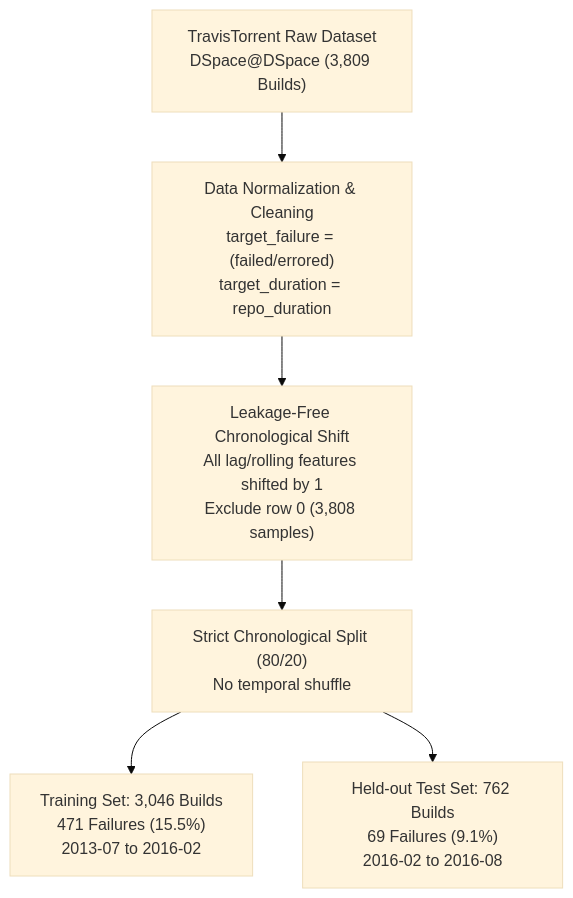
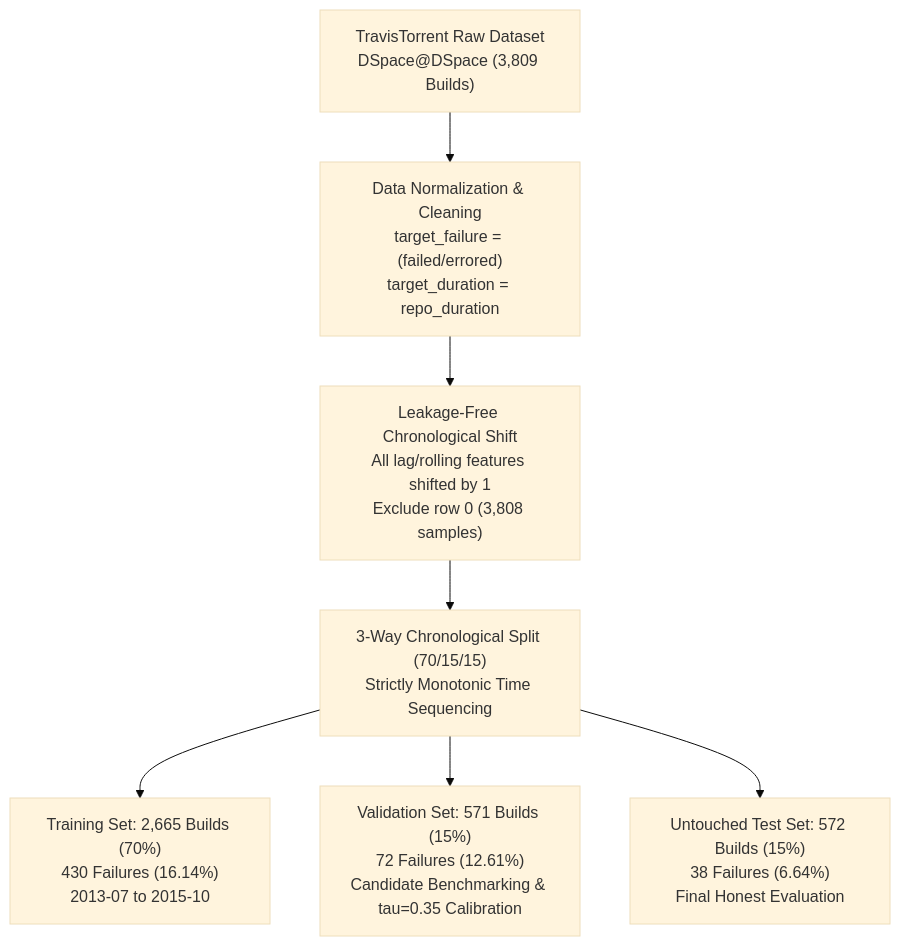
The first of 2 diagrams in TRAVISTORRENT_ML_INTEGRATION_REPORT.md (nagarjunreddyreddy65-alt/CI-CD-PIPELINE), drawn with Mermaid (base theme) before and after one commit. The commit also changed other lines of this file and 27 other files, not shown here.

Commit message:
fix(audit): implement 3-way chronological split, separate live vs benchmark inference, remove illustrative fallbacks, and secure k8s credentials

````diff
--- a/TRAVISTORRENT_ML_INTEGRATION_REPORT.md
+++ b/TRAVISTORRENT_ML_INTEGRATION_REPORT.md
@@ -44,8 +44,9 @@
 ```mermaid
 flowchart TD
     Raw["TravisTorrent Raw Dataset<br/>DSpace@DSpace (3,809 Builds)"] --> Clean["Data Normalization & Cleaning<br/>target_failure = (failed/errored)<br/>target_duration = repo_duration"]
     Clean --> Shift["Leakage-Free Chronological Shift<br/>All lag/rolling features shifted by 1<br/>Exclude row 0 (3,808 samples)"]
-    Shift --> Split["Strict Chronological Split (80/20)<br/>No temporal shuffle"]
-    Split --> Train["Training Set: 3,046 Builds<br/>471 Failures (15.5%)<br/>2013-07 to 2016-02"]
-    Split --> Test["Held-out Test Set: 762 Builds<br/>69 Failures (9.1%)<br/>2016-02 to 2016-08"]
+    Shift --> Split["3-Way Chronological Split (70/15/15)<br/>Strictly Monotonic Time Sequencing"]
+    Split --> Train["Training Set: 2,665 Builds (70%)<br/>430 Failures (16.14%)<br/>2013-07 to 2015-10"]
+    Split --> Val["Validation Set: 571 Builds (15%)<br/>72 Failures (12.61%)<br/>Candidate Benchmarking & tau=0.35 Calibration"]
+    Split --> Test["Untouched Test Set: 572 Builds (15%)<br/>38 Failures (6.64%)<br/>Final Honest Evaluation"]
 ```
````
